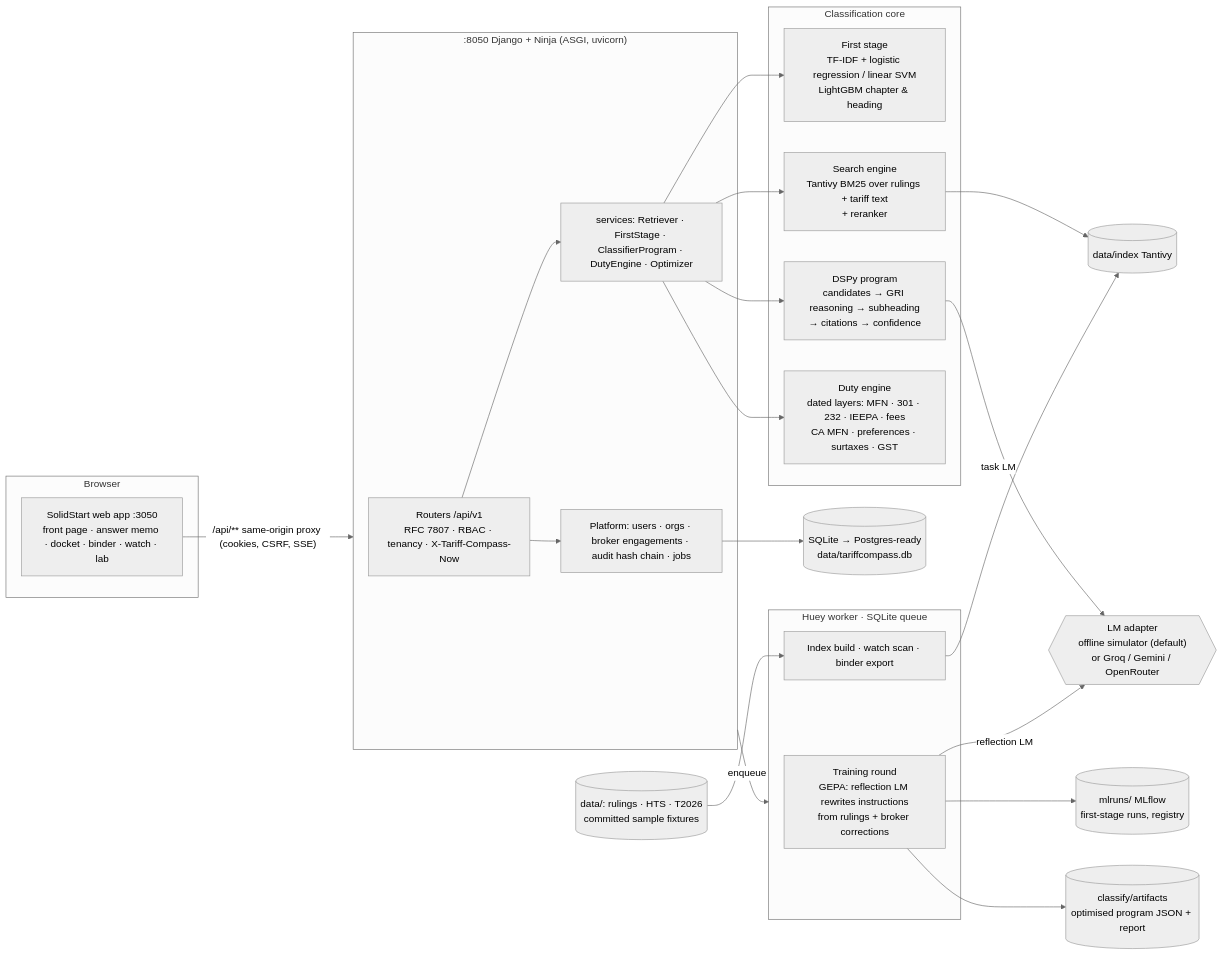
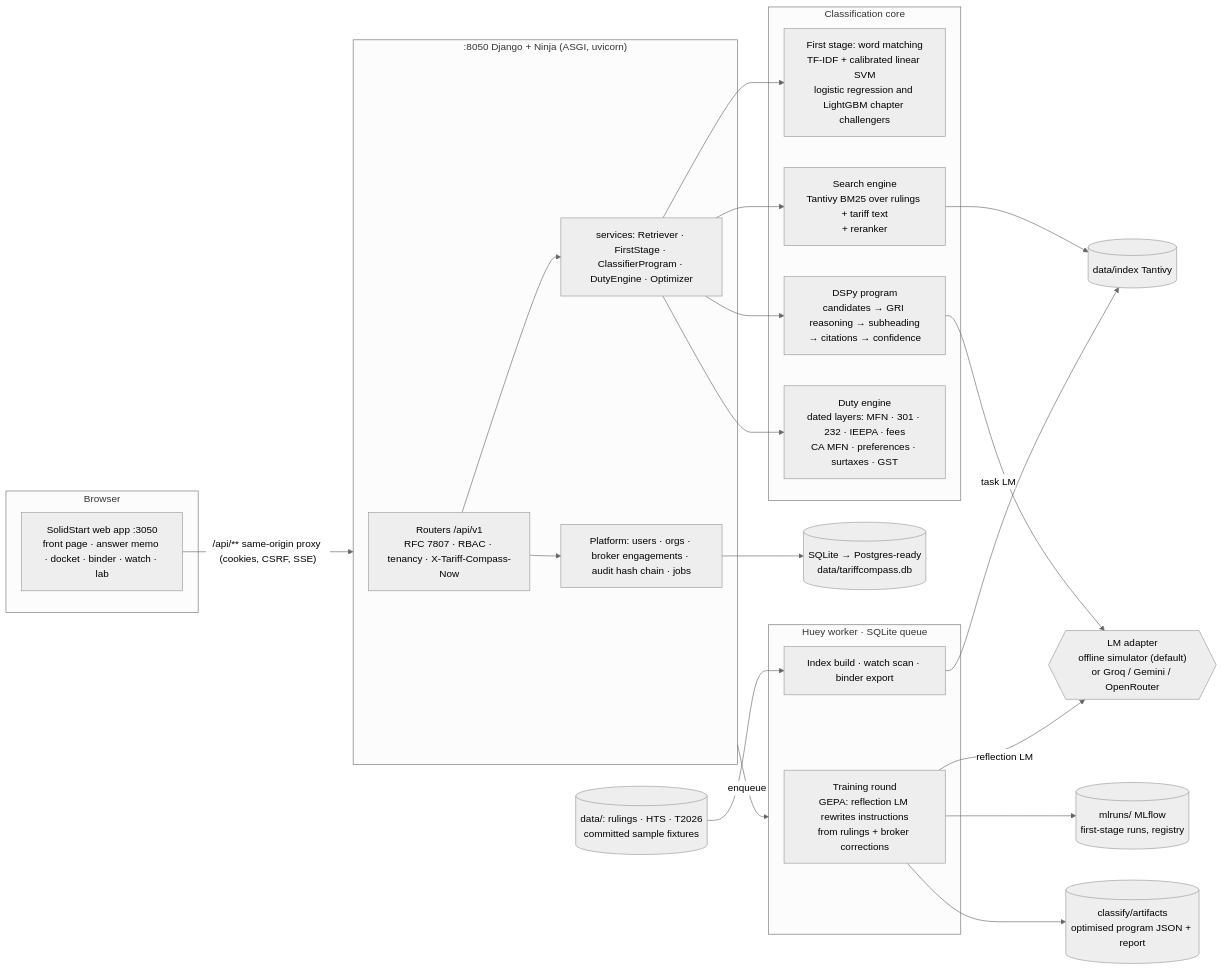
The diagram in docs/ARCHITECTURE.md (moeiz16/Tariff-Compass), drawn with Mermaid (neutral theme) before and after one commit. The commit also changed other lines of this file and 6 other files, not shown here.

Commit message:
docs: word matching in use and the rounds as challengers, LightGBM as a chapter challenger, the sixth watch item and Revision 3 dated from 12 Feb

````diff
--- a/docs/ARCHITECTURE.md
+++ b/docs/ARCHITECTURE.md
@@ -7,40 +7,40 @@
 ```mermaid
 flowchart LR
   subgraph Browser
     W[SolidStart web app :3050<br/>front page · answer memo · docket · binder · watch · lab]
   end
   W -- "/api/** same-origin proxy (cookies, CSRF, SSE)" --> API
 
   subgraph API[":8050 Django + Ninja (ASGI, uvicorn)"]
     R[Routers /api/v1<br/>RFC 7807 · RBAC · tenancy · X-Tariff-Compass-Now]
     S[services: Retriever · FirstStage · ClassifierProgram · DutyEngine · Optimizer]
     P[Platform: users · orgs · broker engagements · audit hash chain · jobs]
     R --> S
     R --> P
   end
 
   subgraph Core[Classification core]
-    FS[First stage<br/>TF-IDF + logistic regression / linear SVM<br/>LightGBM chapter & heading]
+    FS[First stage: word matching<br/>TF-IDF + calibrated linear SVM<br/>logistic regression and LightGBM chapter challengers]
     SE[Search engine<br/>Tantivy BM25 over rulings + tariff text<br/>+ reranker]
     PG[DSPy program<br/>candidates → GRI reasoning → subheading<br/>→ citations → confidence]
     DE[Duty engine<br/>dated layers: MFN · 301 · 232 · IEEPA · fees<br/>CA MFN · preferences · surtaxes · GST]
   end
   S --> FS & SE & PG & DE
   PG -- "task LM" --> LM{{"LM adapter<br/>offline simulator (default)<br/>or Groq / Gemini / OpenRouter"}}
 
   subgraph Worker[Huey worker · SQLite queue]
     OPT[Training round<br/>GEPA: reflection LM rewrites instructions<br/>from rulings + broker corrections]
     IDX[Index build · watch scan · binder export]
   end
   API -- enqueue --> Worker
   OPT -- "reflection LM" --> LM
   OPT --> ML[(mlruns/ MLflow<br/>first-stage runs, registry)]
   OPT --> ART[(classify/artifacts<br/>optimised program JSON + report)]
 
   DB[(SQLite → Postgres-ready<br/>data/tariffcompass.db)]
   IX[(data/index Tantivy)]
   P --> DB
   SE --> IX
   IDX --> IX
   D[(data/: rulings · HTS · T2026<br/>committed sample fixtures)] --> IDX
 ```
````
